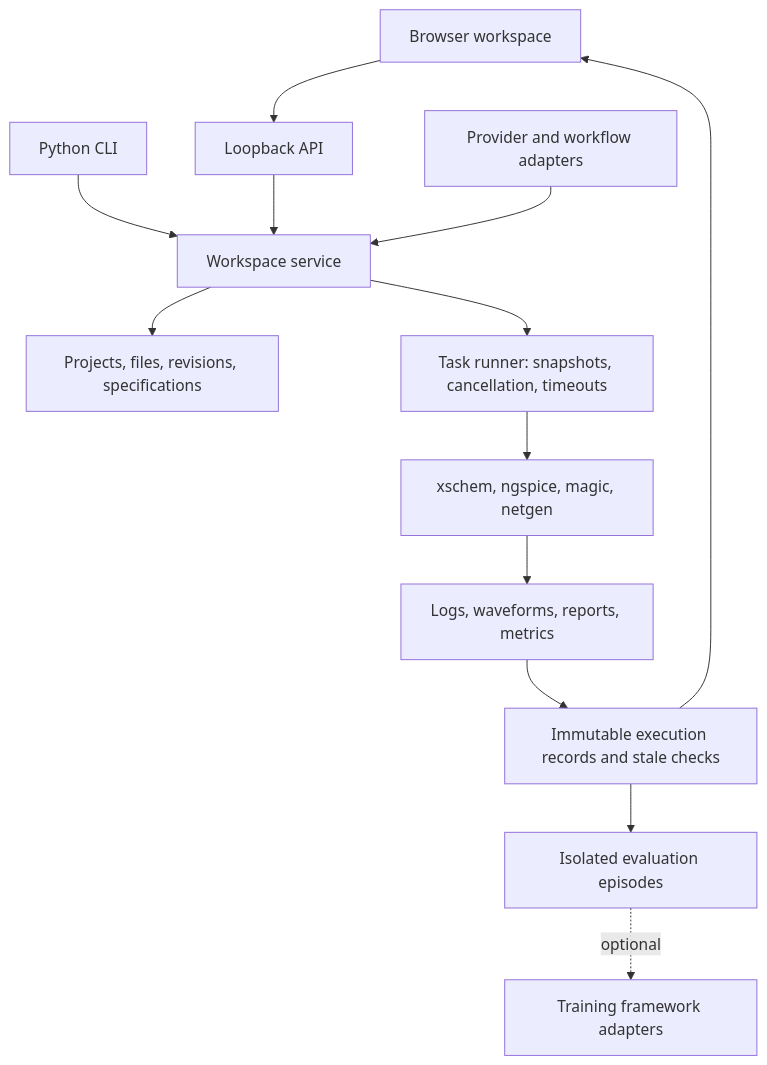
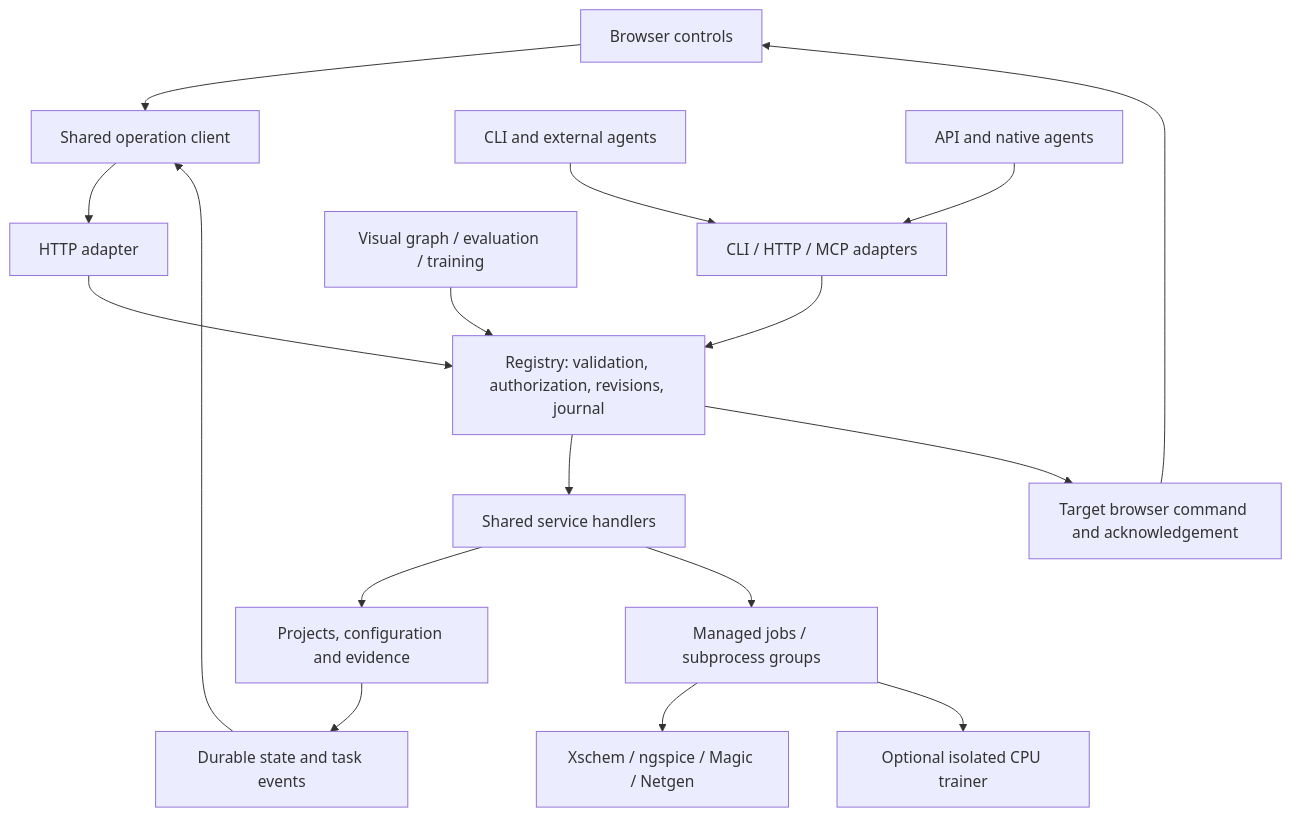
The diagram in docs/architecture.md (lane-cv/Analog-Factory), drawn with Mermaid before and after one commit. The commit also changed other lines of this file and 321 other files, not shown here.

Commit message:
feat: publish agent-operable workspace with portable Ubuntu deployment

````diff
--- a/docs/architecture.md
+++ b/docs/architecture.md
@@ -23,15 +19,19 @@
 ```mermaid
 flowchart TD
- UI[Browser workspace] --> API[Loopback API]
- CLI[Python CLI] --> Service[Workspace service]
- API --> Service
- Agent[Provider and workflow adapters] --> Service
- Service --> Projects[Projects, files, revisions, specifications]
- Service --> Runner[Task runner: snapshots, cancellation, timeouts]
- Runner --> EDA[xschem, ngspice, magic, netgen]
- EDA --> Artifacts[Logs, waveforms, reports, metrics]
- Artifacts --> Runs[Immutable execution records and stale checks]
- Runs --> UI
- Runs --> Eval[Isolated evaluation episodes]
- Eval -. optional .-> RL[Training framework adapters]
+ UI[Browser controls] --> Client[Shared operation client]
+ Client --> HTTP[HTTP adapter]
+ CLI[CLI and external agents] --> Adapters[CLI / HTTP / MCP adapters]
+ Assistant[API and native agents] --> Adapters
+ HTTP --> Registry[Registry: validation, authorization, revisions, journal]
+ Adapters --> Registry
+ Graph[Visual graph / evaluation / training] --> Registry
+ Registry --> Service[Shared service handlers]
+ Registry --> Session[Target browser command and acknowledgement]
+ Session --> UI
+ Service --> Store[Projects, configuration and evidence]
+ Service --> Runner[Managed jobs / subprocess groups]
+ Runner --> EDA[Xschem / ngspice / Magic / Netgen]
+ Runner --> ML[Optional isolated CPU trainer]
+ Store --> Events[Durable state and task events]
+ Events --> Client
 ```
````
